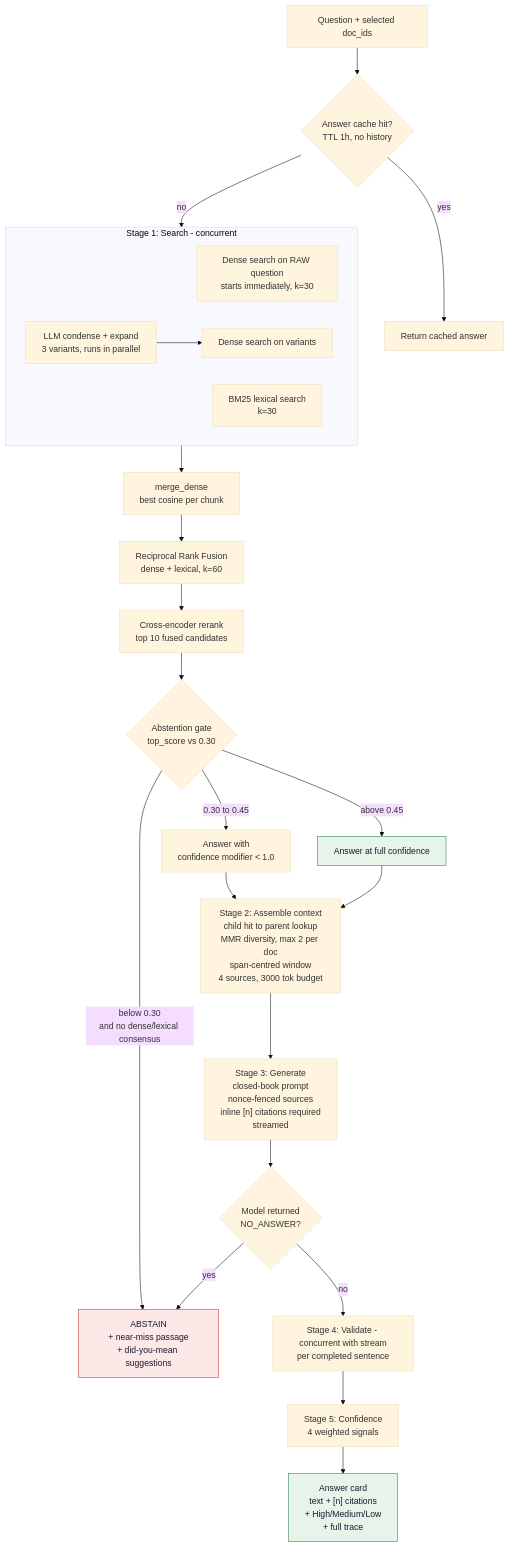
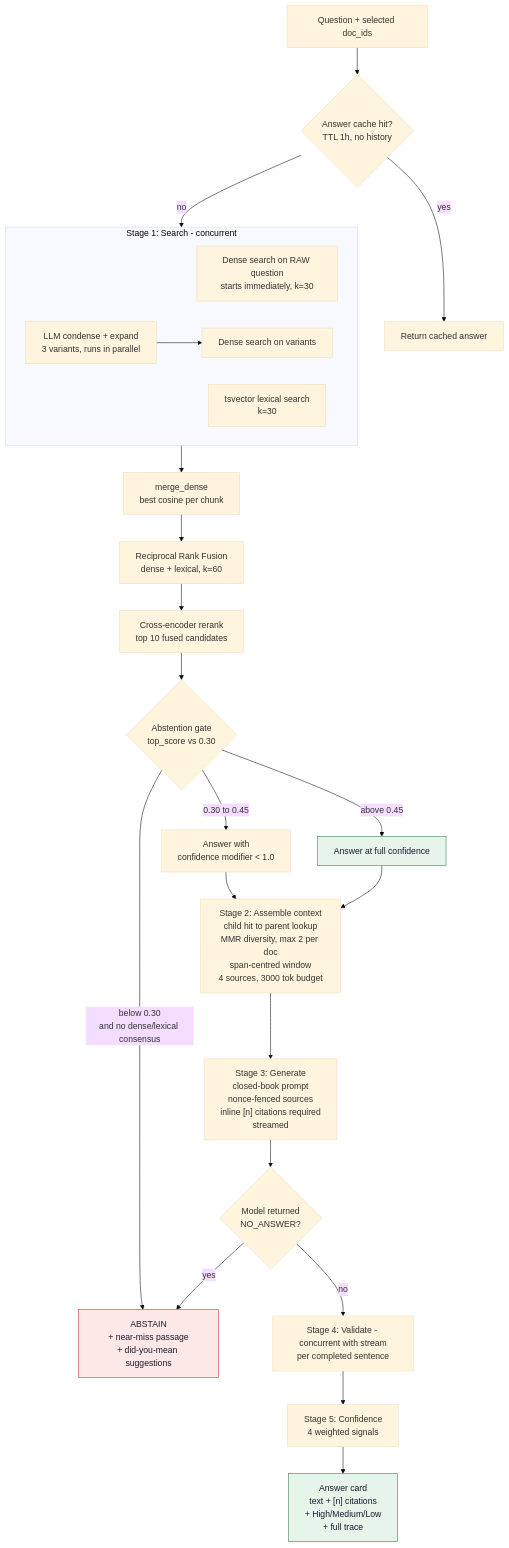
One commit to nishanthsr7-eng/smart-document-assistant changed the diagram in docs/diagrams/03-answer-pipeline.mmd. Above: the diagram before and after it, drawn with Mermaid (base theme). The commit also changed 31 other files, not shown here.

```diff
--- a/docs/diagrams/03-answer-pipeline.mmd
+++ b/docs/diagrams/03-answer-pipeline.mmd
@@ -1,39 +1,39 @@
 graph TD
     Q["Question + selected doc_ids"] --> CA{"Answer cache hit?<br/>TTL 1h, no history"}
     CA -->|"yes"| OUT1["Return cached answer"]
     CA -->|"no"| SPEC
 
     subgraph SPEC["Stage 1: Search - concurrent"]
         direction LR
         RAW["Dense search on RAW question<br/>starts immediately, k=30"]
-        LEX["BM25 lexical search<br/>k=30"]
+        LEX["tsvector lexical search<br/>k=30"]
         LLMQ["LLM condense + expand<br/>3 variants, runs in parallel"]
         LLMQ --> EXTRA["Dense search on variants"]
     end
 
     SPEC --> MERGE["merge_dense<br/>best cosine per chunk"]
     MERGE --> RRF["Reciprocal Rank Fusion<br/>dense + lexical, k=60"]
     RRF --> RANK["Cross-encoder rerank<br/>top 10 fused candidates"]
     RANK --> GATE{"Abstention gate<br/>top_score vs 0.30"}
 
     GATE -->|"below 0.30<br/>and no dense/lexical consensus"| ABS["ABSTAIN<br/>+ near-miss passage<br/>+ did-you-mean suggestions"]
     GATE -->|"0.30 to 0.45"| SOFT["Answer with<br/>confidence modifier < 1.0"]
     GATE -->|"above 0.45"| PASS["Answer at full confidence"]
 
     SOFT --> ASM
     PASS --> ASM
     ASM["Stage 2: Assemble context<br/>child hit to parent lookup<br/>MMR diversity, max 2 per doc<br/>span-centred window<br/>4 sources, 3000 tok budget"]
 
     ASM --> LLM["Stage 3: Generate<br/>closed-book prompt<br/>nonce-fenced sources<br/>inline [n] citations required<br/>streamed"]
     LLM --> NA{"Model returned<br/>NO_ANSWER?"}
     NA -->|"yes"| ABS
     NA -->|"no"| VAL
 
     VAL["Stage 4: Validate - concurrent with stream<br/>per completed sentence"]
     VAL --> CONF["Stage 5: Confidence<br/>4 weighted signals"]
     CONF --> OUT2["Answer card<br/>text + [n] citations<br/>+ High/Medium/Low<br/>+ full trace"]
 
     classDef abstain fill:#fde8e8,stroke:#c53030,color:#1a1a2e
     classDef ok fill:#e6f4ea,stroke:#2f7a4d,color:#1a1a2e
     class ABS abstain
     class OUT2,PASS ok
```
